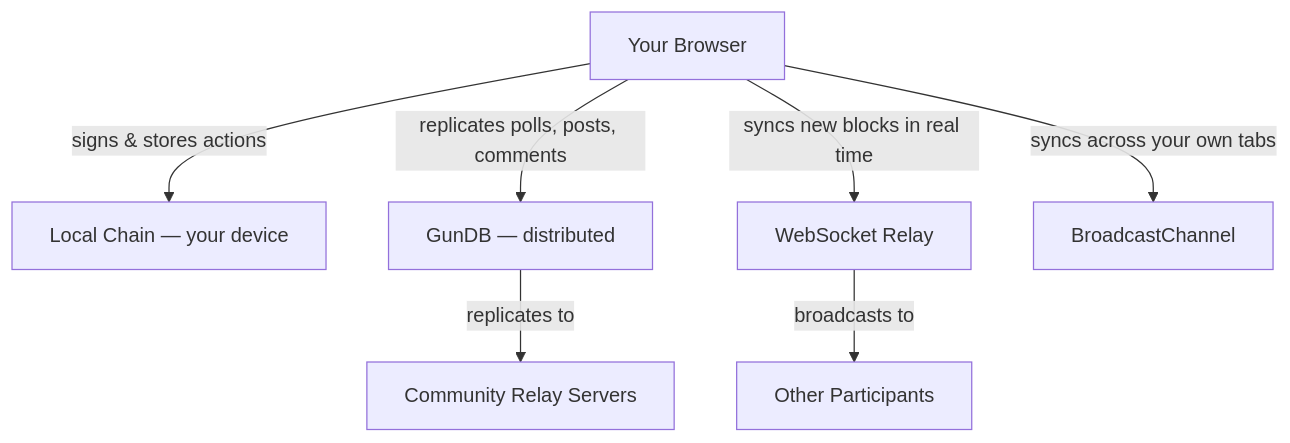
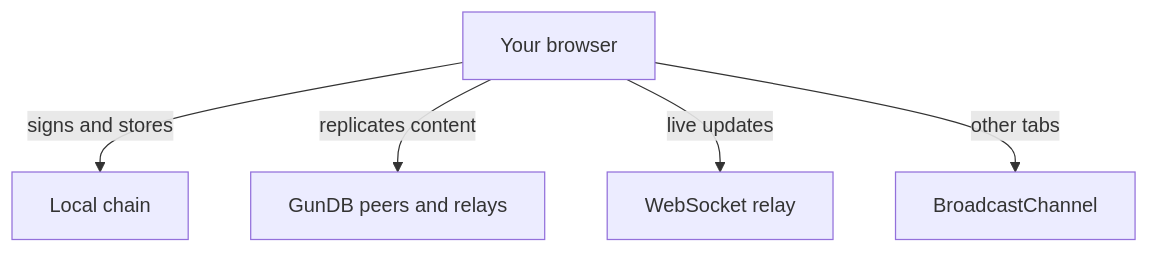
Before and after one commit to Interpoll1/decentralised: the diagram in README.md, drawn with Mermaid. The commit also changed other lines of this file and 50 other files, not shown here.

````diff
--- a/README.md
+++ b/README.md
@@ -41,9 +39,7 @@
 ```mermaid
 graph TD
-    A[Your Browser] -->|signs & stores actions| B[Local Chain — your device]
-    A -->|replicates polls, posts, comments| C[GunDB — distributed]
-    A -->|syncs new blocks in real time| D[WebSocket Relay]
-    A -->|syncs across your own tabs| E[BroadcastChannel]
-    D -->|broadcasts to| F[Other Participants]
-    C -->|replicates to| G[Community Relay Servers]
+    A[Your browser] -->|signs and stores| B[Local chain]
+    A -->|replicates content| C[GunDB peers and relays]
+    A -->|live updates| D[WebSocket relay]
+    A -->|other tabs| E[BroadcastChannel]
 ```
````
